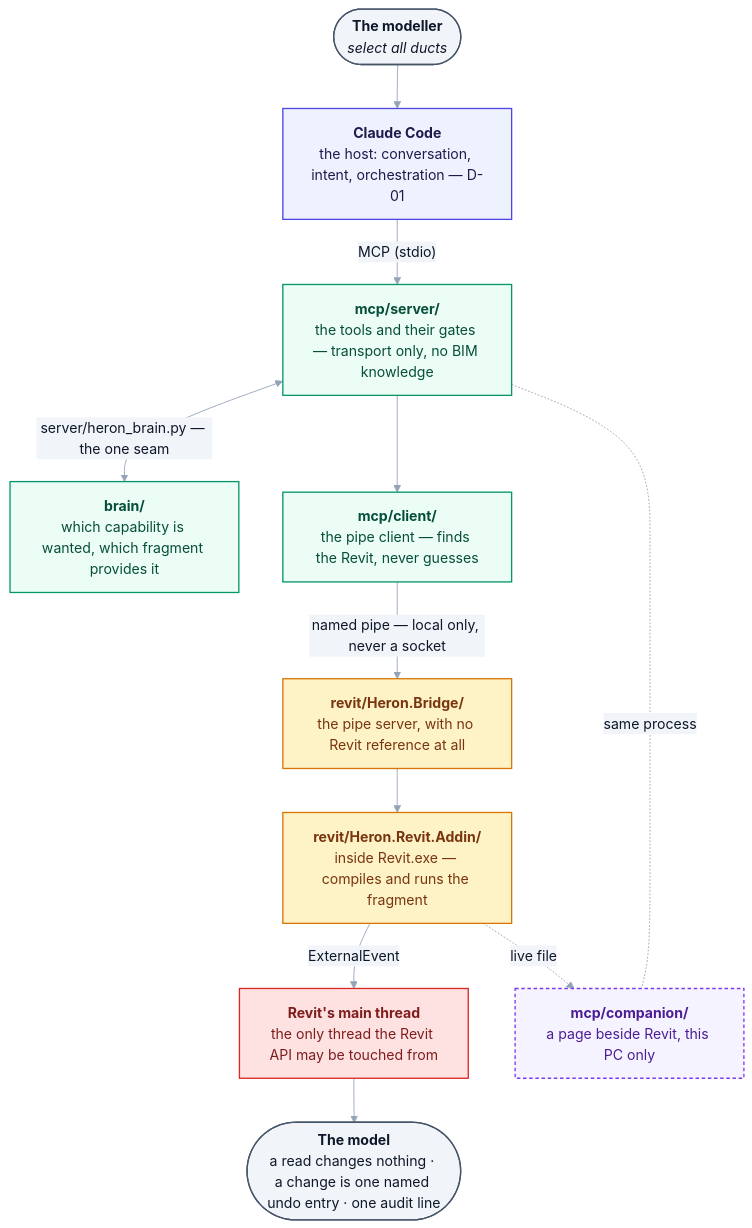
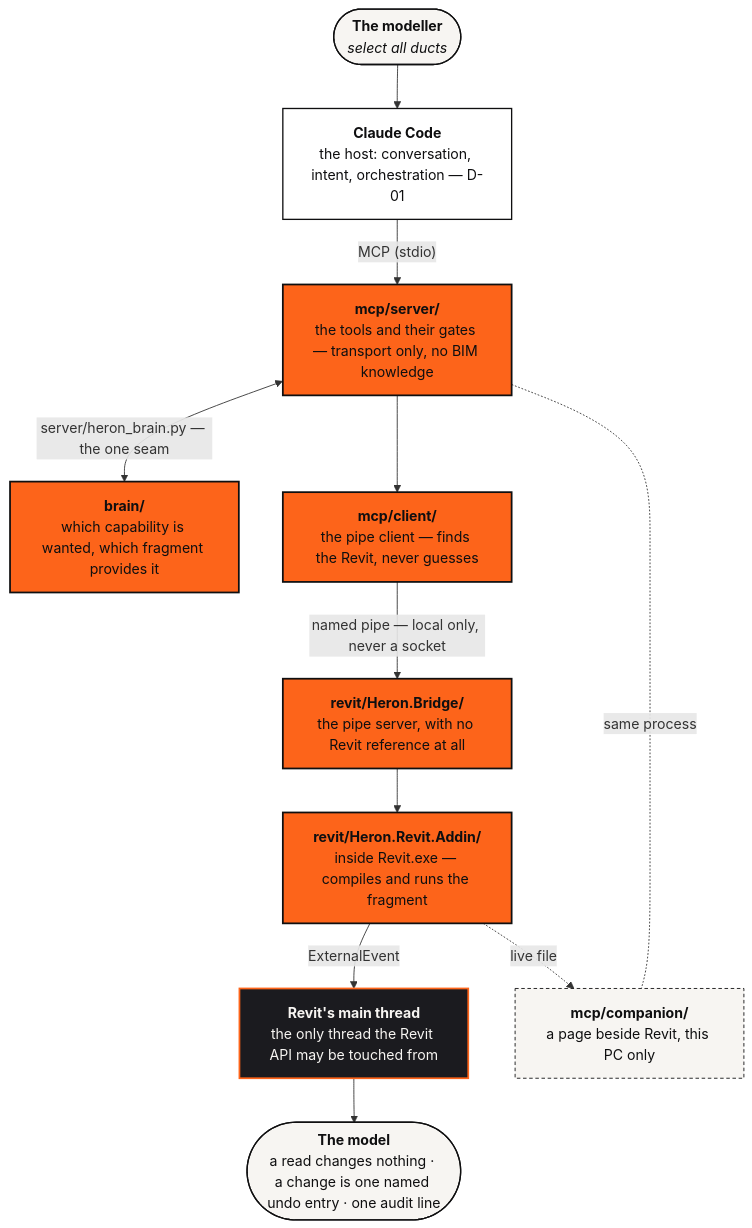
The first of 3 diagrams in docs/PROJECT-MAP.md (Ajmalpshaik/Heron-AI), drawn with Mermaid before and after one commit. The commit also changed other lines of this file and 13 other files, not shown here.

First line of the commit message:
Docs: README becomes a landing page; short linked guide pages with brand diagrams

````diff
--- a/docs/PROJECT-MAP.md
+++ b/docs/PROJECT-MAP.md
@@ -13,39 +24,35 @@
 ```mermaid
-%%{init: {"themeVariables": {"edgeLabelBackground":"#F1F5F9","lineColor":"#94A3B8","textColor":"#0F172A","tertiaryTextColor":"#0F172A"}}}%%
 flowchart TD
     MO(["<b>The modeller</b><br/><i>select all ducts</i>"])
     CC["<b>Claude Code</b><br/>the host: conversation, intent, orchestration — D-01"]
     MS["<b>mcp/server/</b><br/>the tools and their gates — transport only, no BIM knowledge"]
     BR["<b>brain/</b><br/>which capability is wanted, which fragment provides it"]
     CL["<b>mcp/client/</b><br/>the pipe client — finds the Revit, never guesses"]
     BG["<b>revit/Heron.Bridge/</b><br/>the pipe server, with no Revit reference at all"]
     AD["<b>revit/Heron.Revit.Addin/</b><br/>inside Revit.exe — compiles and runs the fragment"]
     MT["<b>Revit's main thread</b><br/>the only thread the Revit API may be touched from"]
     MD(["<b>The model</b><br/>a read changes nothing · a change is one named undo entry · one audit line"])
     CP["<b>mcp/companion/</b><br/>a page beside Revit, this PC only"]
 
     MO --> CC
     CC -->|"MCP (stdio)"| MS
     MS <-->|"server/heron_brain.py — the one seam"| BR
     MS --> CL
     CL -->|"named pipe — local only, never a socket"| BG
     BG --> AD
     AD -->|"ExternalEvent"| MT
     MT --> MD
     MS -.-|"same process"| CP
     AD -.->|"live file"| CP
 
-    classDef user fill:#F1F5F9,stroke:#475569,stroke-width:1.5px,color:#0F172A
-    classDef host fill:#EEF2FF,stroke:#4F46E5,stroke-width:1.5px,color:#1E1B4B
-    classDef brain fill:#ECFDF5,stroke:#059669,stroke-width:1.5px,color:#064E3B
-    classDef addin fill:#FEF3C7,stroke:#D97706,stroke-width:1.5px,color:#78350F
-    classDef revit fill:#FEE2E2,stroke:#DC2626,stroke-width:1.5px,color:#7F1D1D
-    classDef side fill:#F5F3FF,stroke:#7C3AED,stroke-width:1.5px,color:#4C1D95,stroke-dasharray:4 3
-    class MO user
+    classDef person fill:#F7F5F2,stroke:#0F0F10,stroke-width:1.5px,color:#0F0F10
+    classDef host fill:#FFFFFF,stroke:#0F0F10,stroke-width:1.5px,color:#0F0F10
+    classDef heron fill:#FD641A,stroke:#0F0F10,stroke-width:2px,color:#0F0F10
+    classDef quiet fill:#F7F5F2,stroke:#0F0F10,stroke-width:1px,color:#0F0F10,stroke-dasharray:4 3
+    classDef revit fill:#1B1B1F,stroke:#FD641A,stroke-width:2px,color:#F7F5F2
+    class MO,MD person
     class CC host
-    class MS,BR,CL brain
-    class BG,AD addin
+    class MS,BR,CL,BG,AD heron
     class MT revit
-    class MD user
-    class CP side
+    class CP quiet
 ```
````
